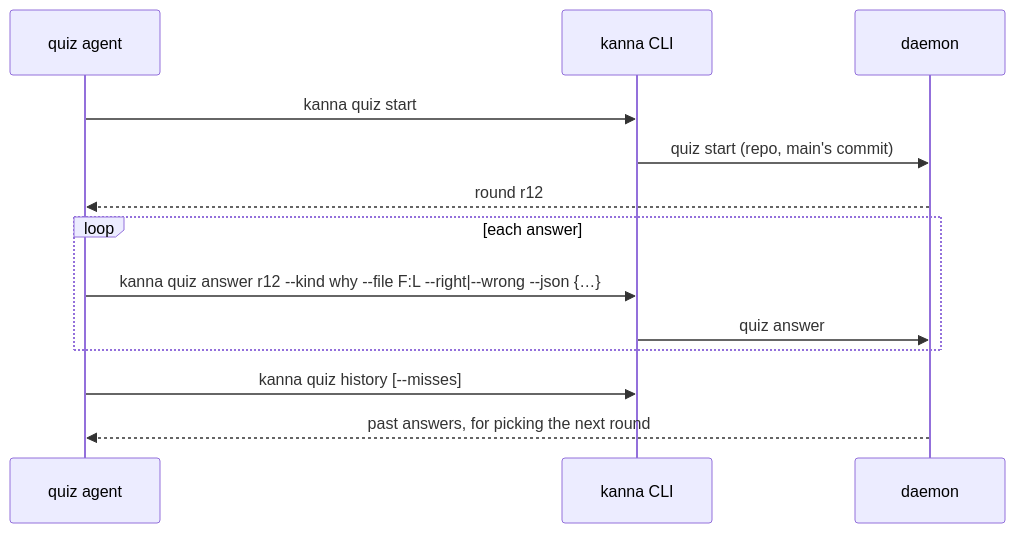
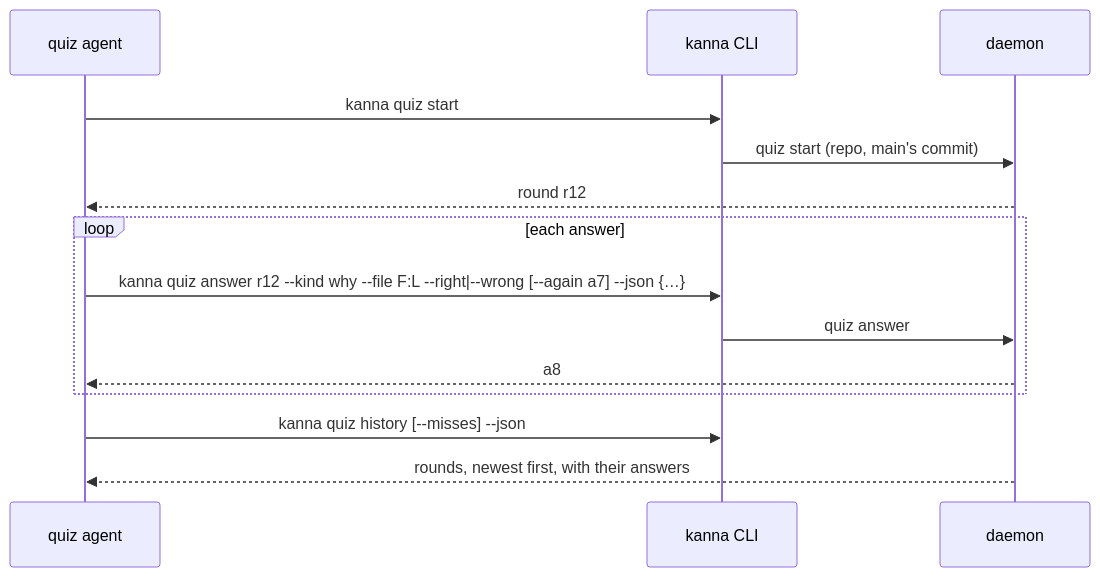
One commit to jemdiggity/kanna-v4 changed the second of 2 diagrams in docs/specs/database.md. Above: the diagram before and after it, drawn with Mermaid. The commit also changed other lines of this file and 13 other files, not shown here.

````diff
--- a/docs/specs/database.md
+++ b/docs/specs/database.md
@@ -70,15 +72,16 @@
 ```mermaid
 sequenceDiagram
     participant Q as quiz agent
     participant K as kanna CLI
     participant D as daemon
     Q->>K: kanna quiz start
     K->>D: quiz start (repo, main's commit)
     D-->>Q: round r12
     loop each answer
-        Q->>K: kanna quiz answer r12 --kind why --file F:L --right|--wrong --json {…}
+        Q->>K: kanna quiz answer r12 --kind why --file F:L --right|--wrong [--again a7] --json {…}
         K->>D: quiz answer
+        D-->>Q: a8
     end
-    Q->>K: kanna quiz history [--misses]
-    D-->>Q: past answers, for picking the next round
+    Q->>K: kanna quiz history [--misses] --json
+    D-->>Q: rounds, newest first, with their answers
 ```
````
